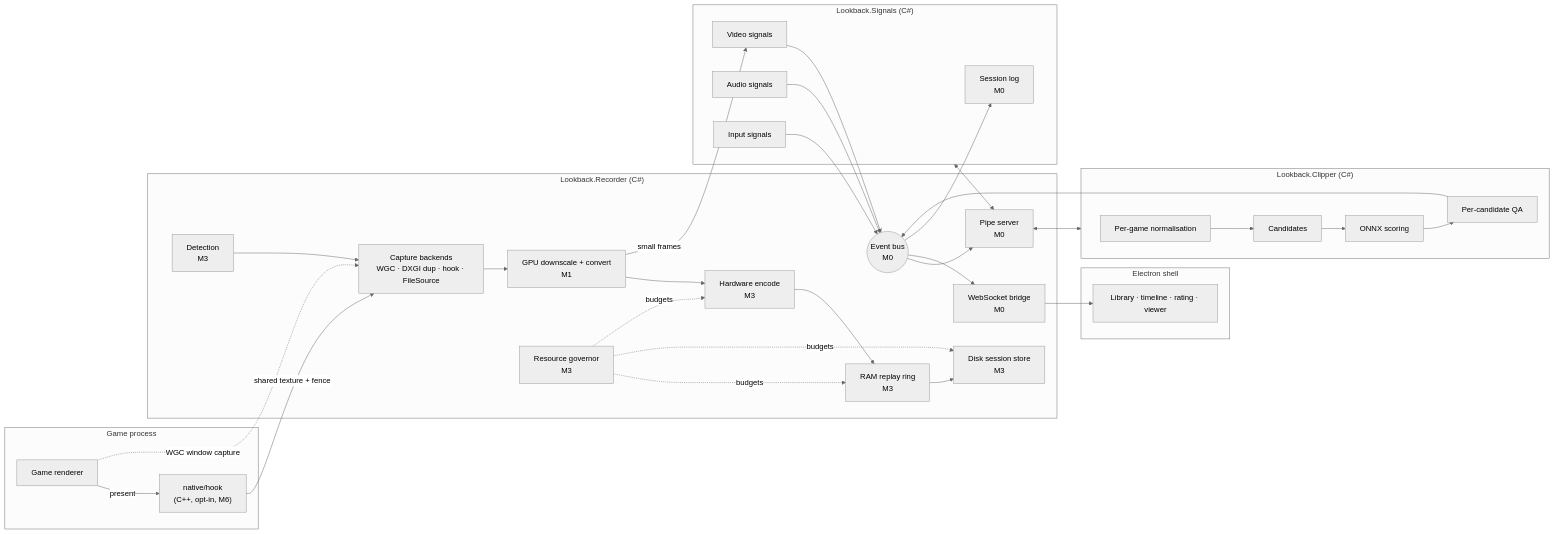
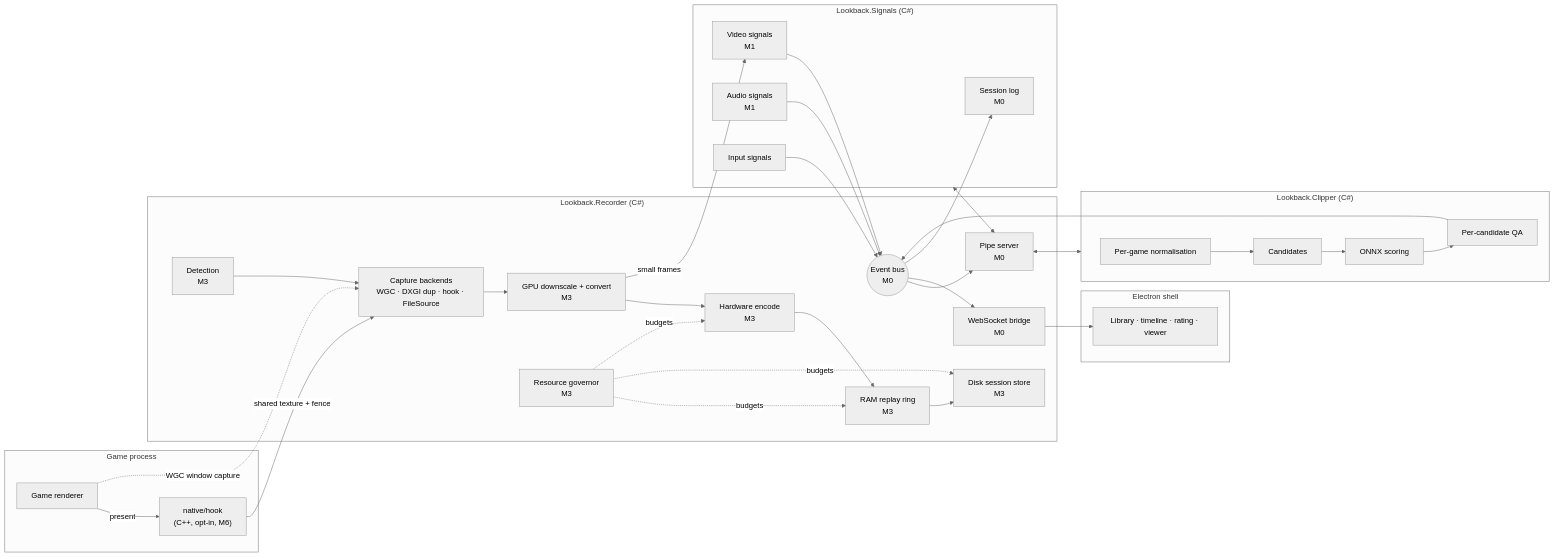
The first of 5 diagrams in docs/wiki/Architecture.md (Joshmh7128/Lookback), drawn with Mermaid (neutral theme) before and after one commit. The commit also changed other lines of this file and 59 other files, not shown here.

````diff
--- a/docs/wiki/Architecture.md
+++ b/docs/wiki/Architecture.md
@@ -12,49 +12,49 @@
 ```mermaid
 flowchart LR
     subgraph Game["Game process"]
         G[Game renderer]
         H["native/hook<br/>(C++, opt-in, M6)"]
     end
 
     subgraph Recorder["Lookback.Recorder (C#)"]
         DET[Detection<br/>M3]
         CAP[Capture backends<br/>WGC · DXGI dup · hook · FileSource]
-        GPU[GPU downscale + convert<br/>M1]
+        GPU[GPU downscale + convert<br/>M3]
         ENC[Hardware encode<br/>M3]
         RING[RAM replay ring<br/>M3]
         DISK[Disk session store<br/>M3]
         GOV[Resource governor<br/>M3]
         BUS(("Event bus<br/>M0"))
         PIPES[Pipe server<br/>M0]
         WS[WebSocket bridge<br/>M0]
     end
 
     subgraph Signals["Lookback.Signals (C#)"]
-        VS[Video signals]
-        AS[Audio signals]
+        VS[Video signals<br/>M1]
+        AS[Audio signals<br/>M1]
         IS[Input signals]
         LOG[Session log<br/>M0]
     end
 
     subgraph Clipper["Lookback.Clipper (C#)"]
         NORM[Per-game normalisation]
         CAND[Candidates]
         SCORE[ONNX scoring]
         QA[Per-candidate QA]
     end
 
     subgraph Shell["Electron shell"]
         UI[Library · timeline · rating · viewer]
     end
 
     G -- present --> H -- shared texture + fence --> CAP
     G -. WGC window capture .-> CAP
     DET --> CAP --> GPU --> ENC --> RING --> DISK
     GOV -. budgets .-> RING & DISK & ENC
     GPU -- small frames --> VS
     VS & AS & IS --> BUS
     BUS --> PIPES & WS & LOG
     PIPES <--> Signals & Clipper
     WS --> UI
     NORM --> CAND --> SCORE --> QA --> BUS
 ```
````
